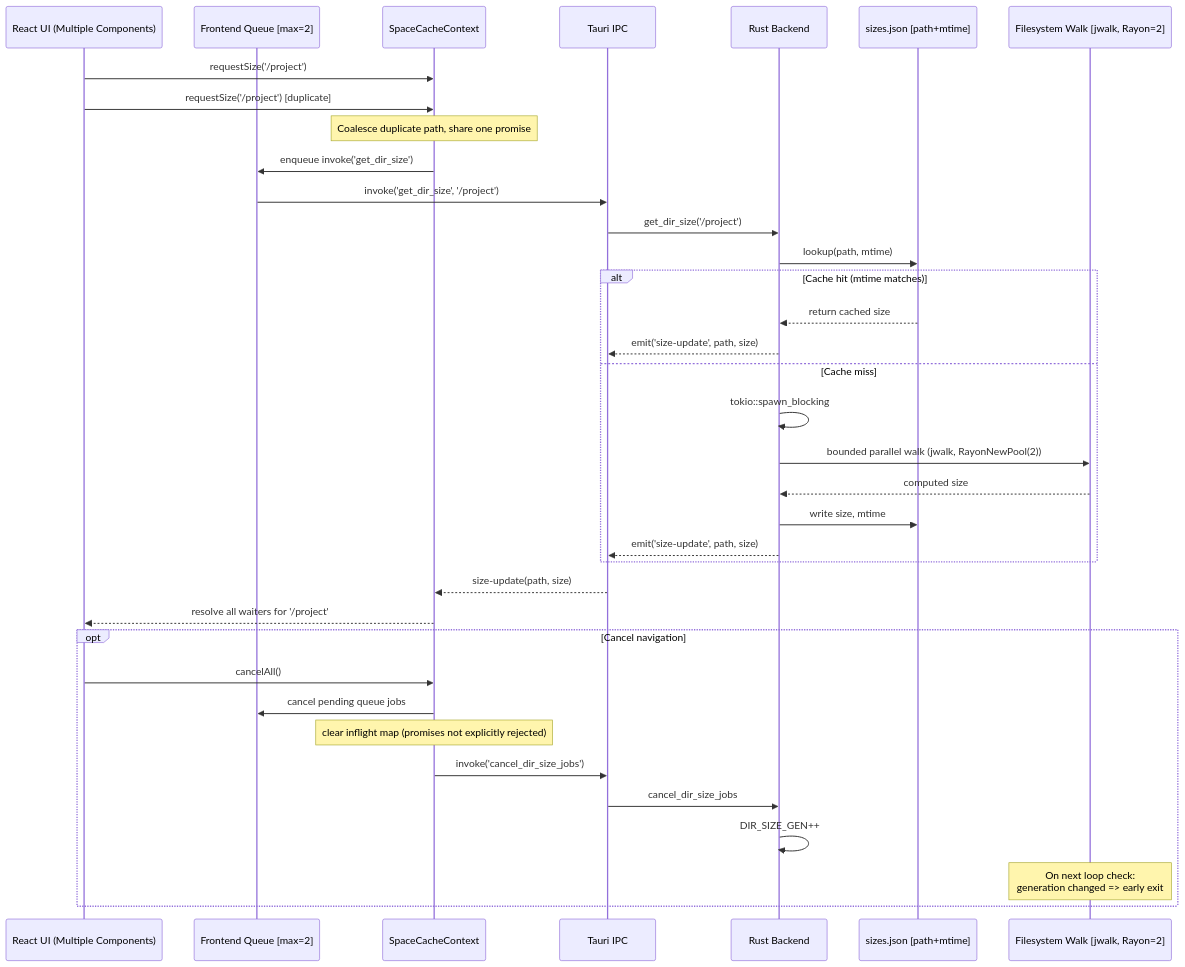
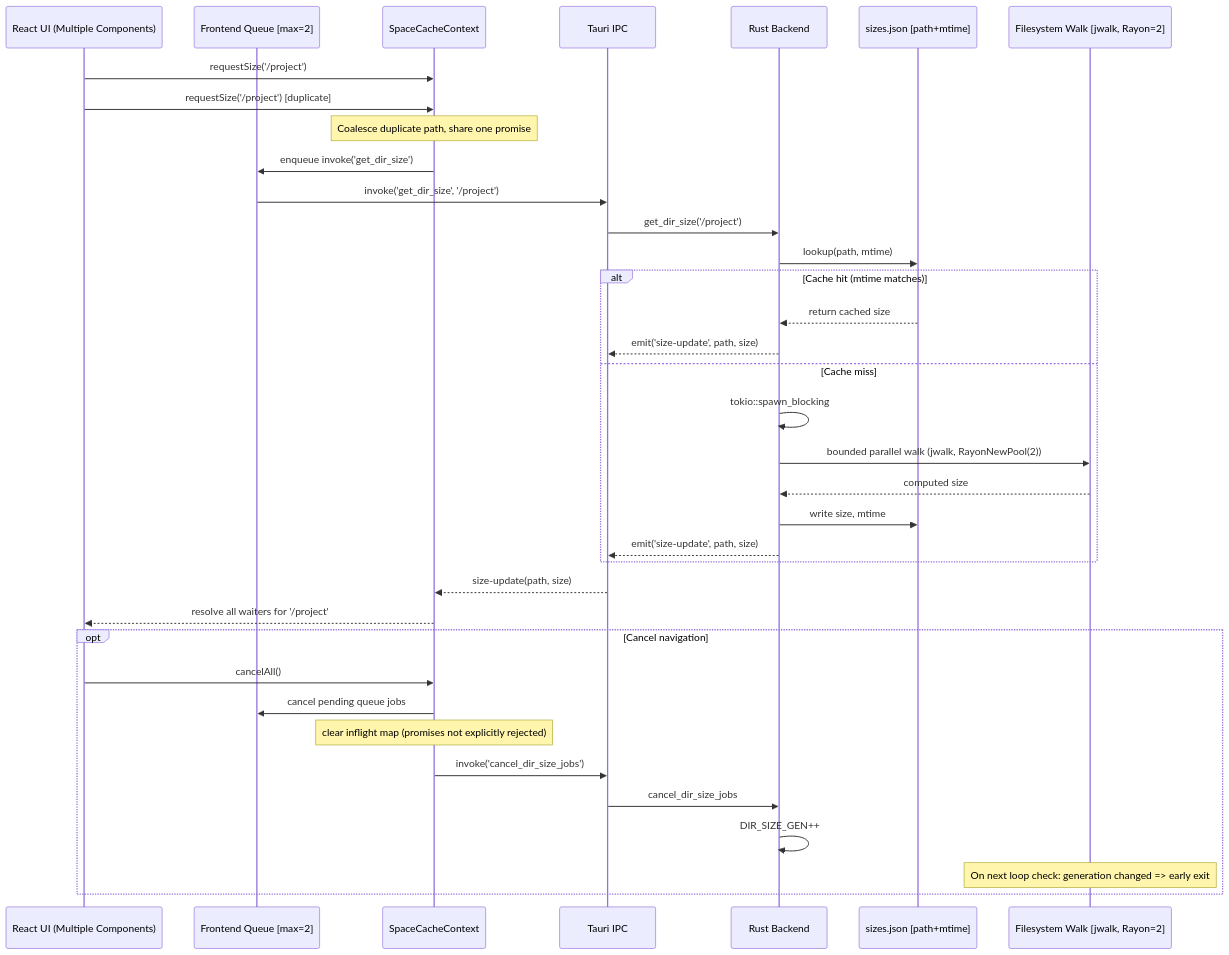
The sixth of 8 diagrams in ARCHITECTURE.md (Kubaguette/bazzite-architect), drawn with Mermaid before and after one commit. The commit also changed other lines of this file, not shown here.

````diff
--- a/ARCHITECTURE.md
+++ b/ARCHITECTURE.md
@@ -509,43 +509,43 @@
 ```mermaid
 sequenceDiagram
     participant UI as React UI (Multiple Components)
     participant Queue as Frontend Queue [max=2]
     participant Ctx as SpaceCacheContext
     participant IPC as Tauri IPC
     participant Rust as Rust Backend
     participant Cache as sizes.json [path+mtime]
     participant FS as Filesystem Walk [jwalk, Rayon=2]
 
     UI->>Ctx: requestSize('/project')
     UI->>Ctx: requestSize('/project') [duplicate]
     Note over Ctx: Coalesce duplicate path, share one promise
 
     Ctx->>Queue: enqueue invoke('get_dir_size')
     Queue->>IPC: invoke('get_dir_size', '/project')
     IPC->>Rust: get_dir_size('/project')
 
     Rust->>Cache: lookup(path, mtime)
     alt Cache hit (mtime matches)
         Cache-->>Rust: return cached size
         Rust-->>IPC: emit('size-update', path, size)
     else Cache miss
         Rust->>Rust: tokio::spawn_blocking
         Rust->>FS: bounded parallel walk (jwalk, RayonNewPool(2))
         FS-->>Rust: computed size
         Rust->>Cache: write size, mtime
         Rust-->>IPC: emit('size-update', path, size)
     end
 
     IPC-->>Ctx: size-update(path, size)
     Ctx-->>UI: resolve all waiters for '/project'
 
     opt Cancel navigation
         UI->>Ctx: cancelAll()
         Ctx->>Queue: cancel pending queue jobs
         Note over Ctx: clear inflight map (promises not explicitly rejected)
         Ctx->>IPC: invoke('cancel_dir_size_jobs')
         IPC->>Rust: cancel_dir_size_jobs
         Rust->>Rust: DIR_SIZE_GEN++
-        Note over FS: On next loop check:<br/>generation changed => early exit
+        Note over FS: On next loop check: generation changed => early exit
     end
 ```
````
